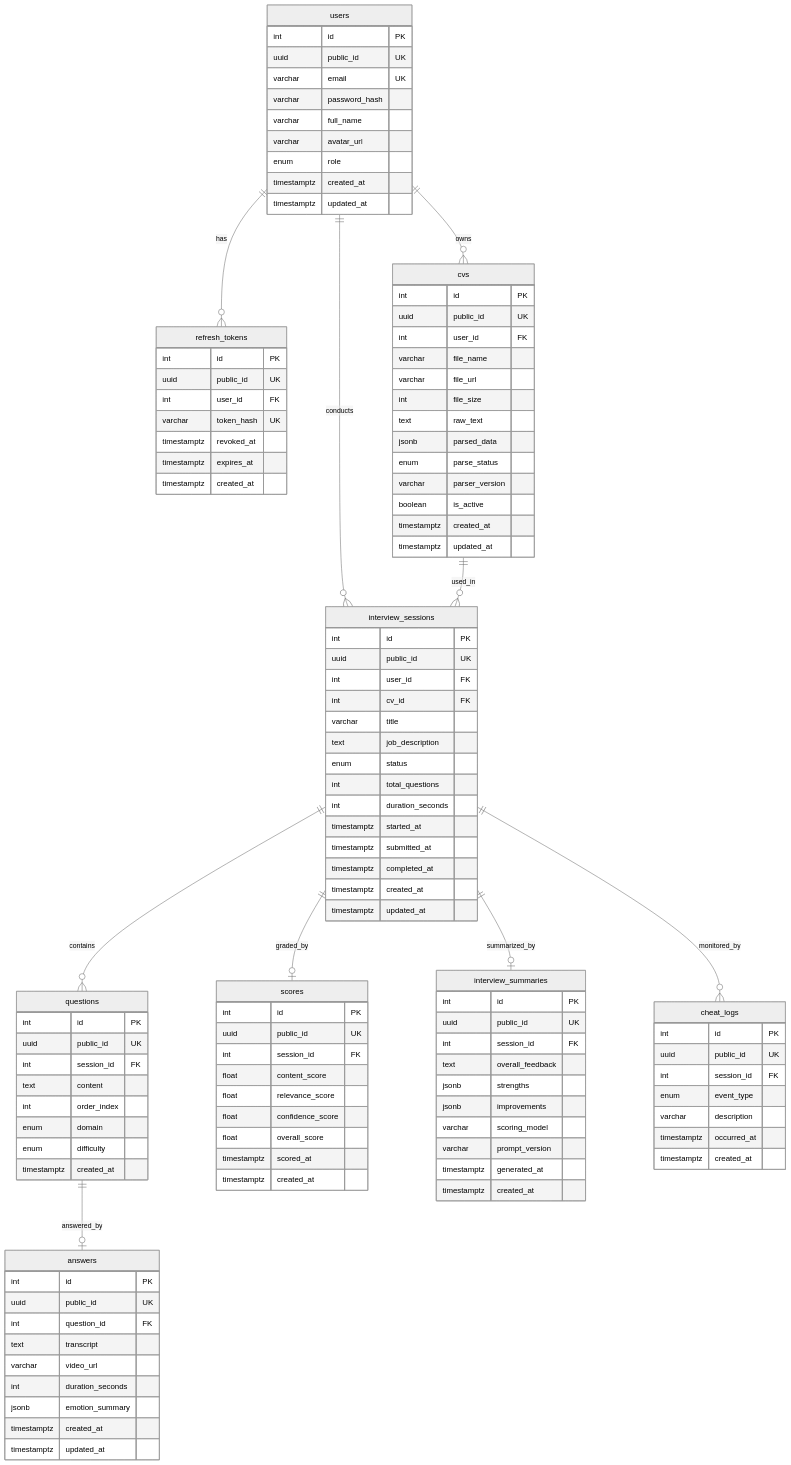
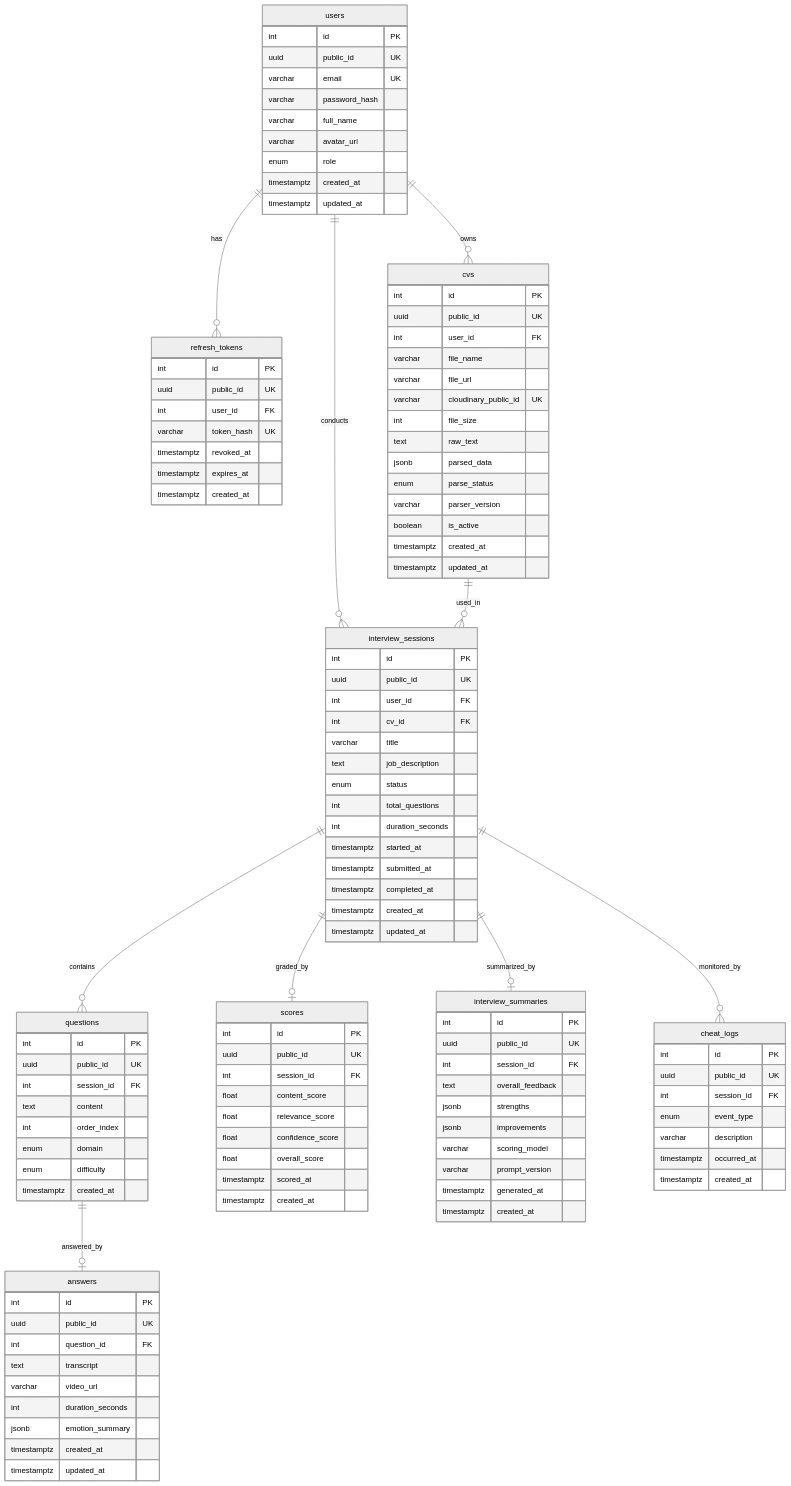
Before and after one commit to hoanghaoz/SE347-InterviewIQ-Backend: the diagram in docs/database-schema.md, drawn with Mermaid (neutral theme). The commit also changed other lines of this file and 4 other files, not shown here.

First line of the commit message:
feat(db): add cloudinary_public_id to cvs and shared CvParsedData type

```diff
--- a/docs/database-schema.md
+++ b/docs/database-schema.md
@@ -67,6 +67,7 @@
         int user_id FK
         varchar file_name
         varchar file_url
+        varchar cloudinary_public_id UK
         int file_size
         text raw_text
         jsonb parsed_data
```
